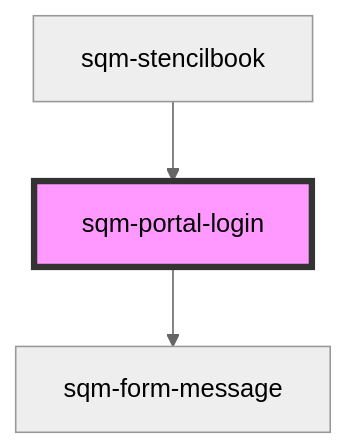
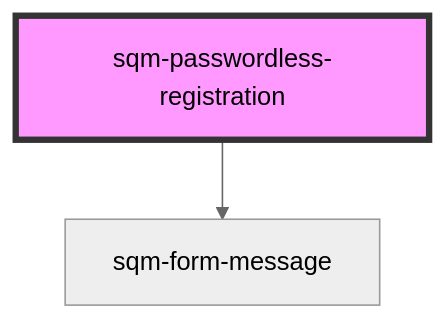
One commit to saasquatch/program-tools changed the diagram in packages/mint-components/src/components/sqm-passwordless-registration/readme.md. Above: the diagram before and after it, drawn with Mermaid (neutral theme). The commit also changed other lines of this file and 21 other files, not shown here.

````diff
--- a/packages/mint-components/src/components/sqm-passwordless-registration/readme.md
+++ b/packages/mint-components/src/components/sqm-passwordless-registration/readme.md
@@ -35,6 +29,5 @@
 ```mermaid
 graph TD;
-  sqm-portal-login --> sqm-form-message
-  sqm-stencilbook --> sqm-portal-login
-  style sqm-portal-login fill:#f9f,stroke:#333,stroke-width:4px
+  sqm-passwordless-registration --> sqm-form-message
+  style sqm-passwordless-registration fill:#f9f,stroke:#333,stroke-width:4px
 ```
````
